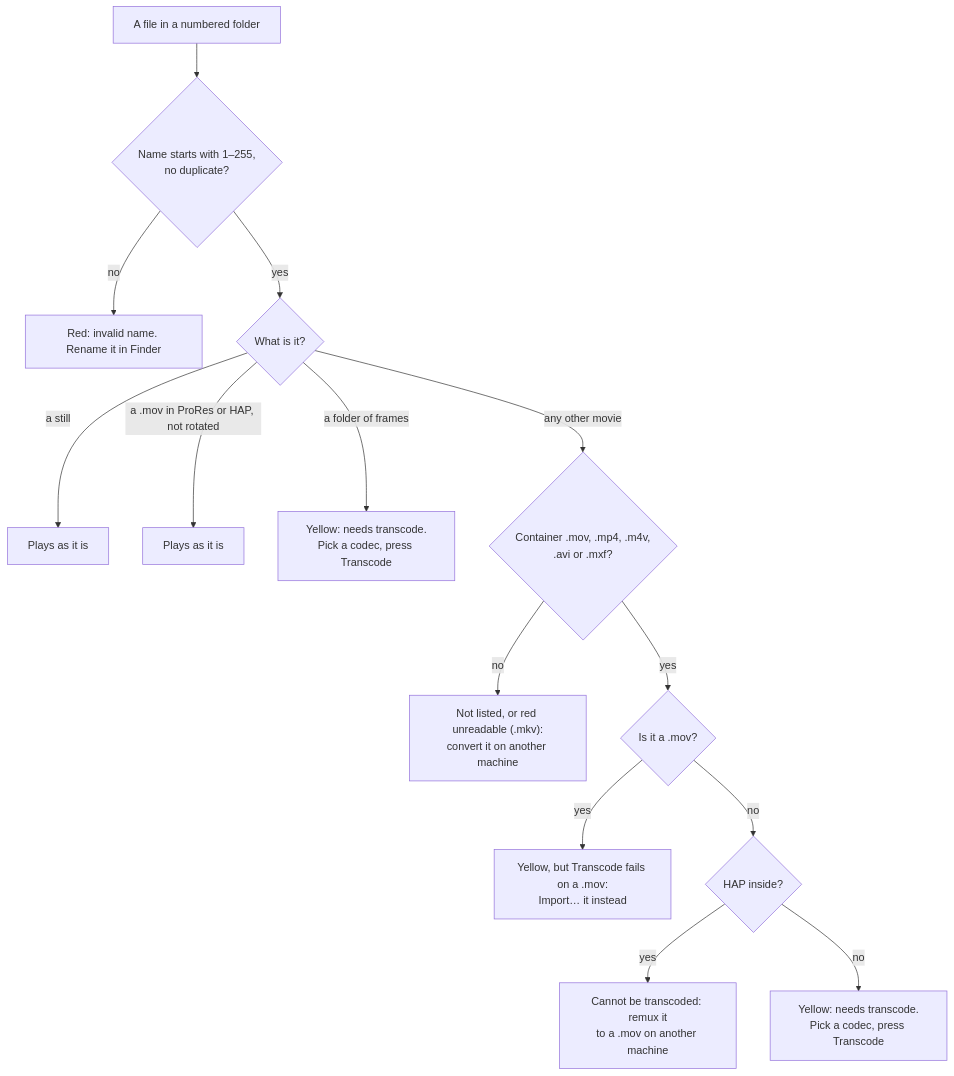
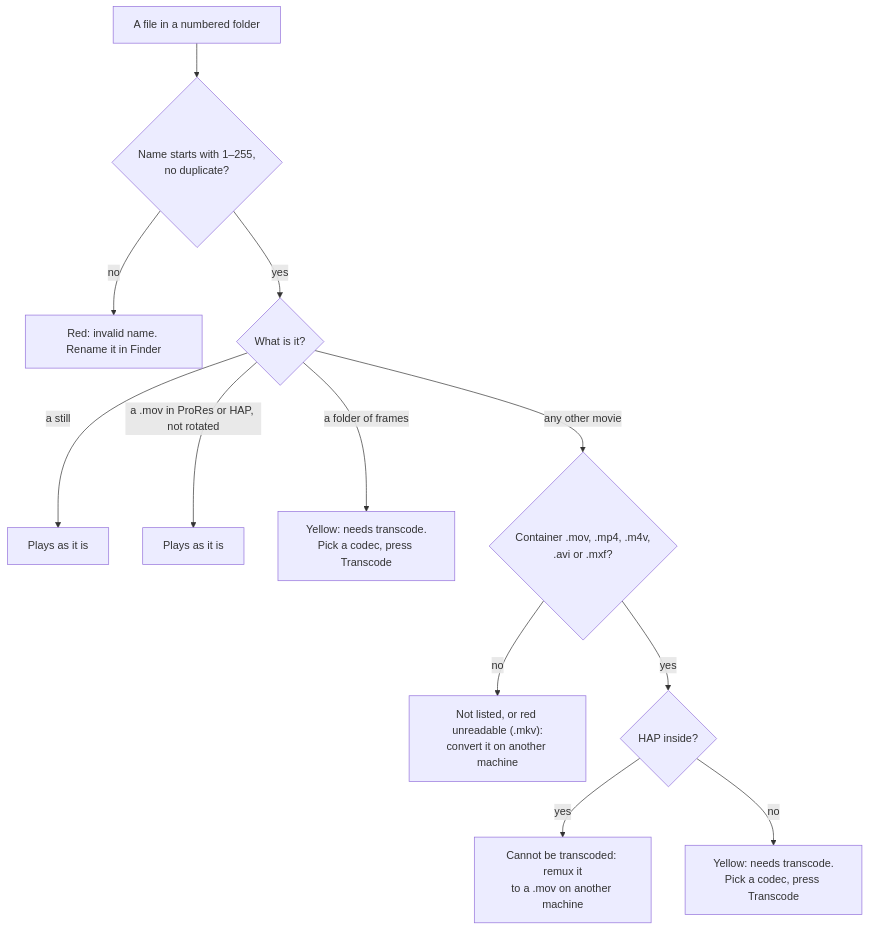
One commit to Timdebruijn/fanous changed the first of 3 diagrams in docs/user/media-library.md. Above: the diagram before and after it, drawn with Mermaid. The commit also changed other lines of this file and 4 other files, not shown here.

````diff
--- a/docs/user/media-library.md
+++ b/docs/user/media-library.md
@@ -114,16 +113,14 @@
 ```mermaid
 flowchart TD
   file["A file in a numbered folder"] --> name{"Name starts with 1–255,<br>no duplicate?"}
   name -- no --> invalid["Red: invalid name. Rename it in Finder"]
   name -- yes --> kind{"What is it?"}
   kind -- "a still" --> still["Plays as it is"]
   kind -- "a .mov in ProRes or HAP, not rotated" --> native["Plays as it is"]
   kind -- "a folder of frames" --> seq["Yellow: needs transcode.<br>Pick a codec, press Transcode"]
   kind -- "any other movie" --> other{"Container .mov, .mp4, .m4v,<br>.avi or .mxf?"}
   other -- no --> skipped["Not listed, or red unreadable (.mkv):<br>convert it on another machine"]
-  other -- yes --> mov{"Is it a .mov?"}
-  mov -- yes --> importit["Yellow, but Transcode fails on a .mov:<br>Import… it instead"]
-  mov -- no --> hap{"HAP inside?"}
+  other -- yes --> hap{"HAP inside?"}
   hap -- yes --> haphand["Cannot be transcoded: remux it<br>to a .mov on another machine"]
   hap -- no --> transcode["Yellow: needs transcode.<br>Pick a codec, press Transcode"]
 ```
````
